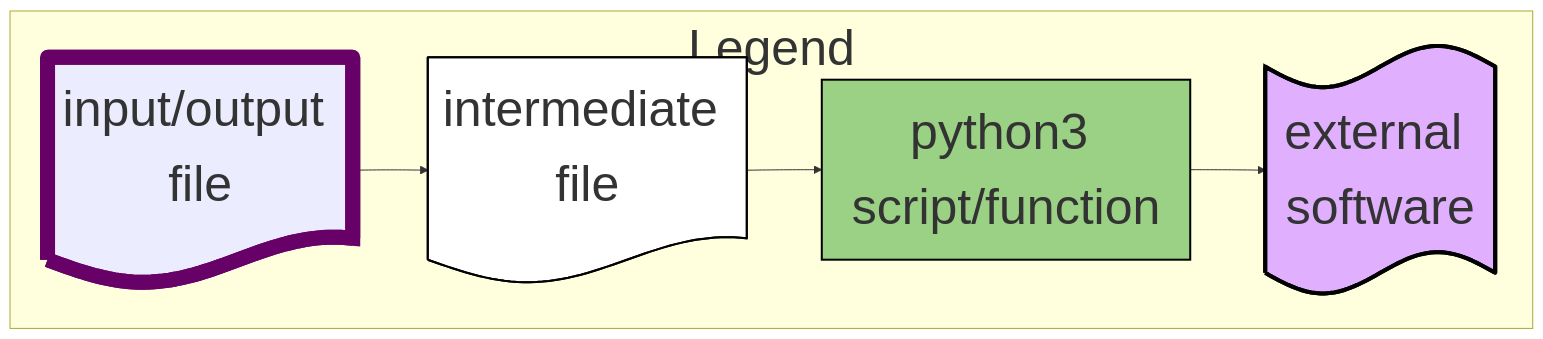
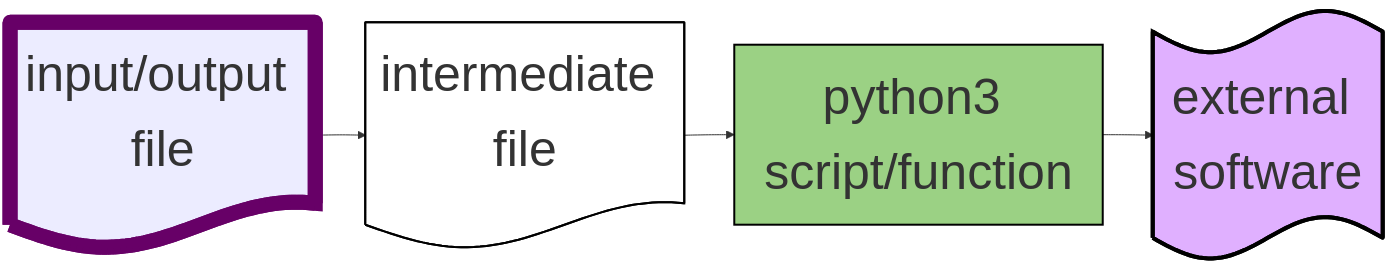
Before and after one commit to OcMalde/fuse-phylotree: the first of 2 diagrams in README.md, drawn with Mermaid.

````diff
--- a/README.md
+++ b/README.md
@@ -19,29 +19,27 @@
 ```mermaid
 ---
 config:
   look: classic
   theme: default
   themeVariables:
     fontSize: 50px
 
 ---
 flowchart LR
-subgraph Legend
-      direction LR
-      l1@{ shape: doc, label: "input/output file" } --> l2@{ shape: doc, label: "intermediate file" }
-      l2 --> l3[python3 script/function]
-      l3 --> l4@{ shape: flag, label: "external software" }
-end
 
-classDef tools fill:#E0B0FF,stroke:#000,stroke-width:4px;
-class l4 tools
+l1@{ shape: doc, label: "input/output file" } --> l2@{ shape: doc, label: "intermediate file" }
+l2 --> l3[python3 script/function]
+l3 --> l4@{ shape: flag, label: "external software" }
 
-classDef files fill:#fff,stroke:#000,stroke-width:2px;
-class l2 files
+classDef toolsl fill:#E0B0FF,stroke:#000,stroke-width:4px;
+class l4 toolsl
 
-classDef input stroke:#670067,stroke-width:15px;
-class l1 input
+classDef filesl fill:#fff,stroke:#000,stroke-width:2px;
+class l2 filesl
 
-classDef scripts fill:#9BD184,stroke:#000,stroke-width:2px;
-class l3 scripts
+classDef inputl stroke:#670067,stroke-width:15px;
+class l1 inputl
+
+classDef scriptsl fill:#9BD184,stroke:#000,stroke-width:2px;
+class l3 scriptsl
 ```
````
